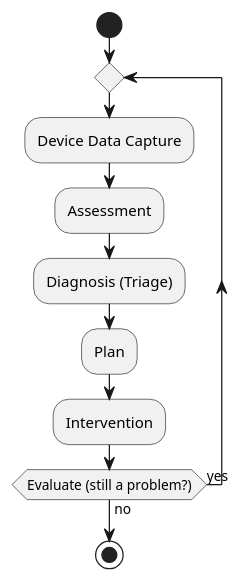
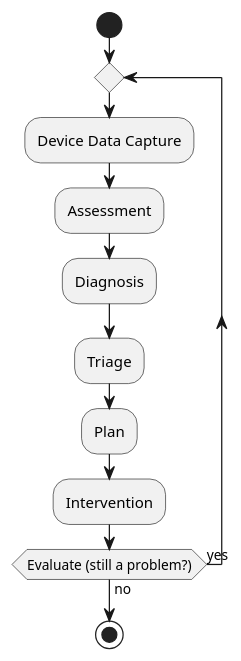
Before and after one commit to Virtually-Healthcare/virtually-healthcare.github.com: the diagram in input/images-source/rpm-activity.plantuml, drawn with PlantUML. The commit also changed 3 other files, not shown here.

Commit message:
Remote Patient Monitoring diagrams

```diff
--- a/input/images-source/rpm-activity.plantuml
+++ b/input/images-source/rpm-activity.plantuml
@@ -1,13 +1,14 @@
 @startuml
 
 start
 
 repeat
 :Device Data Capture;
 :Assessment;
-:Diagnosis (Triage);
+:Diagnosis;
+:Triage;
 :Plan;
 :Intervention;
 repeat while (Evaluate (still a problem?)) is (yes) not (no)
 stop
 @enduml
```
